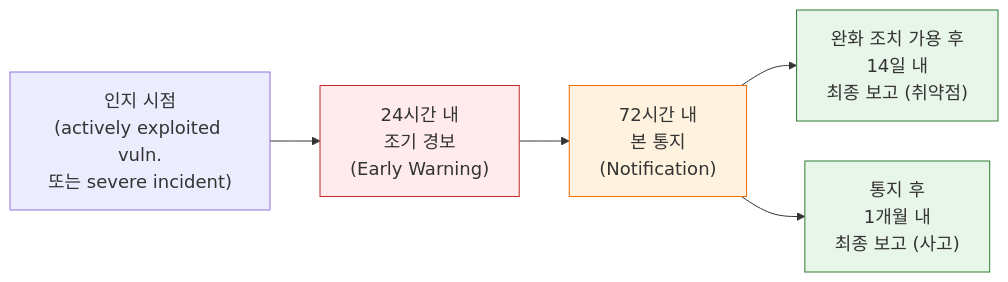
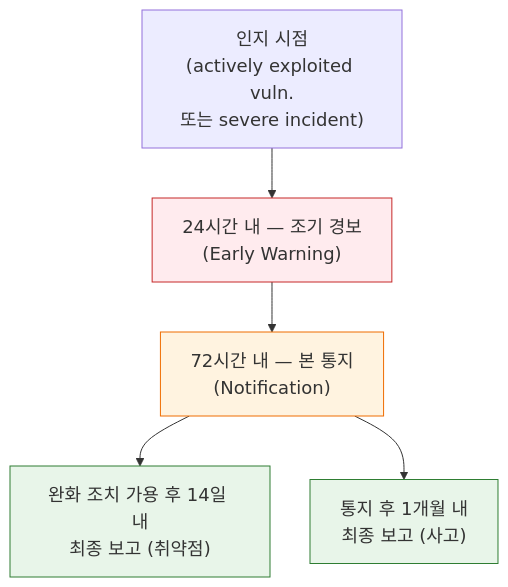
One commit to haksungjang/haksungjang.github.io changed the third of 4 diagrams in content/en/research/2026-eu-cra-vulnerability-reporting/_index.md. Above: the diagram before and after it, drawn with Mermaid. The commit also changed other lines of this file, not shown here.

````diff
--- a/content/en/research/2026-eu-cra-vulnerability-reporting/_index.md
+++ b/content/en/research/2026-eu-cra-vulnerability-reporting/_index.md
@@ -141,17 +146,18 @@
 ```mermaid
 %%{init: {'theme':'default', 'themeVariables': {'fontSize':'18px'}, 'flowchart': {'nodeSpacing': 40, 'rankSpacing': 50}} }%%
-flowchart LR
+flowchart TD
     T0["인지 시점<br/>(actively exploited vuln.<br/>또는 severe incident)"]
-    T1["24시간 내<br/>조기 경보<br/>(Early Warning)"]
-    T2["72시간 내<br/>본 통지<br/>(Notification)"]
-    T3["완화 조치 가용 후<br/>14일 내<br/>최종 보고 (취약점)"]
-    T4["통지 후<br/>1개월 내<br/>최종 보고 (사고)"]
+    T1["24시간 내 — 조기 경보<br/>(Early Warning)"]
+    T2["72시간 내 — 본 통지<br/>(Notification)"]
+    T3["완화 조치 가용 후 14일 내<br/>최종 보고 (취약점)"]
+    T4["통지 후 1개월 내<br/>최종 보고 (사고)"]
 
-    T0 --> T1 --> T2 --> T3
+    T0 --> T1 --> T2
+    T2 --> T3
     T2 --> T4
 
     style T1 fill:#ffebee,stroke:#c62828
     style T2 fill:#fff3e0,stroke:#ef6c00
     style T3 fill:#e8f5e9,stroke:#2e7d32
     style T4 fill:#e8f5e9,stroke:#2e7d32
 ```
````
